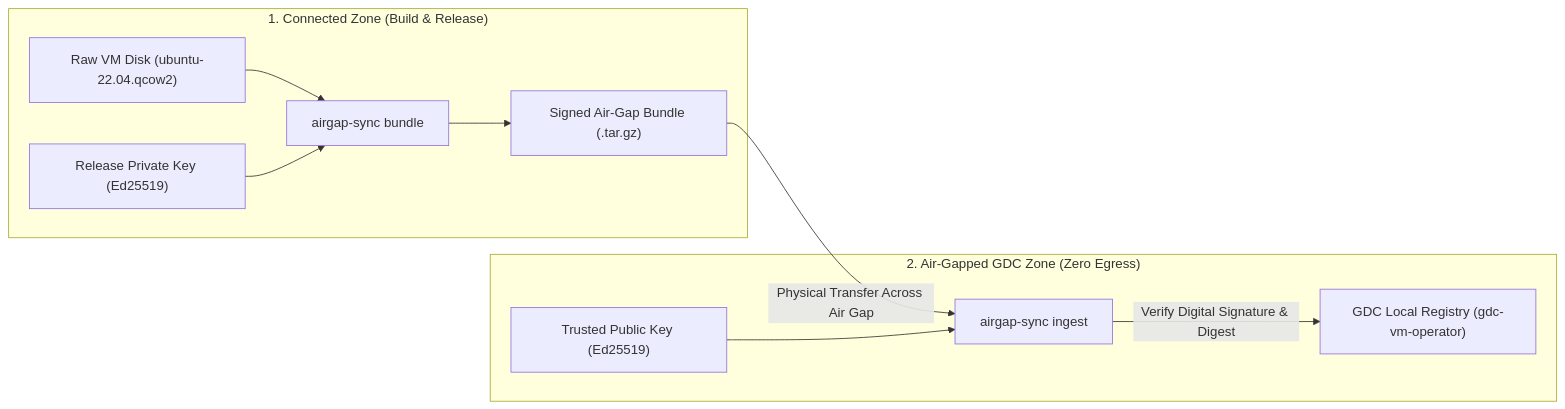
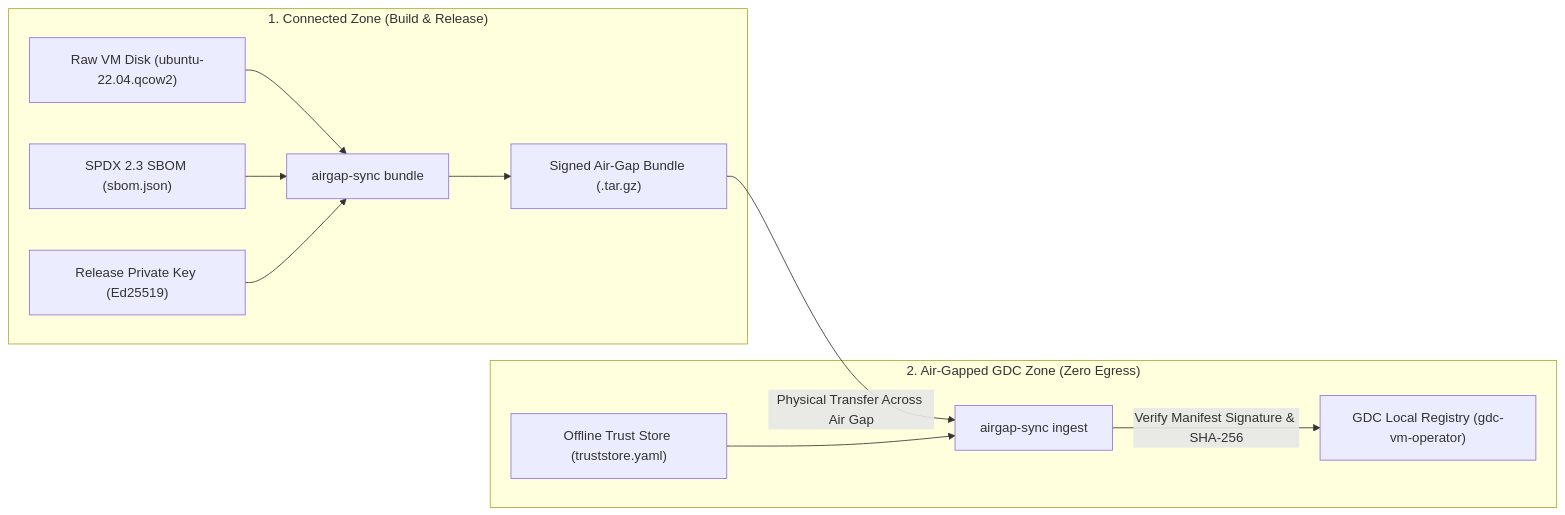
One commit to uday68/gdc-airgap-sync changed the diagram in README.md. Above: the diagram before and after it, drawn with Mermaid. The commit also changed other lines of this file and 21 other files, not shown here.

First line of the commit message:
feat(security): harden air-gap ingestion pipeline, trust store, and provenance verification

````diff
--- a/README.md
+++ b/README.md
@@ -16,16 +17,17 @@
 ```mermaid
 flowchart LR
     subgraph ConnectedZone["1. Connected Zone (Build & Release)"]
         RawImage["Raw VM Disk (ubuntu-22.04.qcow2)"] --> Bundler["airgap-sync bundle"]
+        SBOM["SPDX 2.3 SBOM (sbom.json)"] --> Bundler
         PrivateKey["Release Private Key (Ed25519)"] --> Bundler
         Bundler --> Package["Signed Air-Gap Bundle (.tar.gz)"]
     end
 
     Package -->|Physical Transfer Across Air Gap| IngestTool
 
     subgraph AirGappedZone["2. Air-Gapped GDC Zone (Zero Egress)"]
         IngestTool["airgap-sync ingest"]
-        PublicKey["Trusted Public Key (Ed25519)"] --> IngestTool
-        IngestTool -->|Verify Digital Signature & Digest| GDCRegistry["GDC Local Registry (gdc-vm-operator)"]
+        TrustStore["Offline Trust Store (truststore.yaml)"] --> IngestTool
+        IngestTool -->|Verify Manifest Signature & SHA-256| GDCRegistry["GDC Local Registry (gdc-vm-operator)"]
     end
 ```
````
